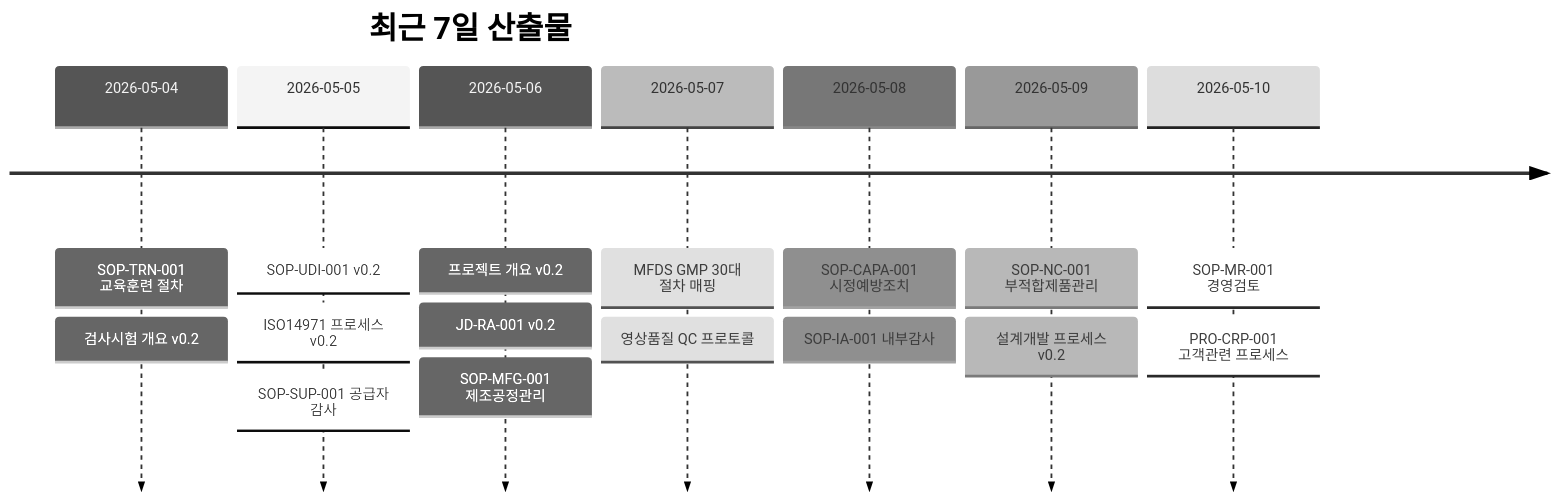
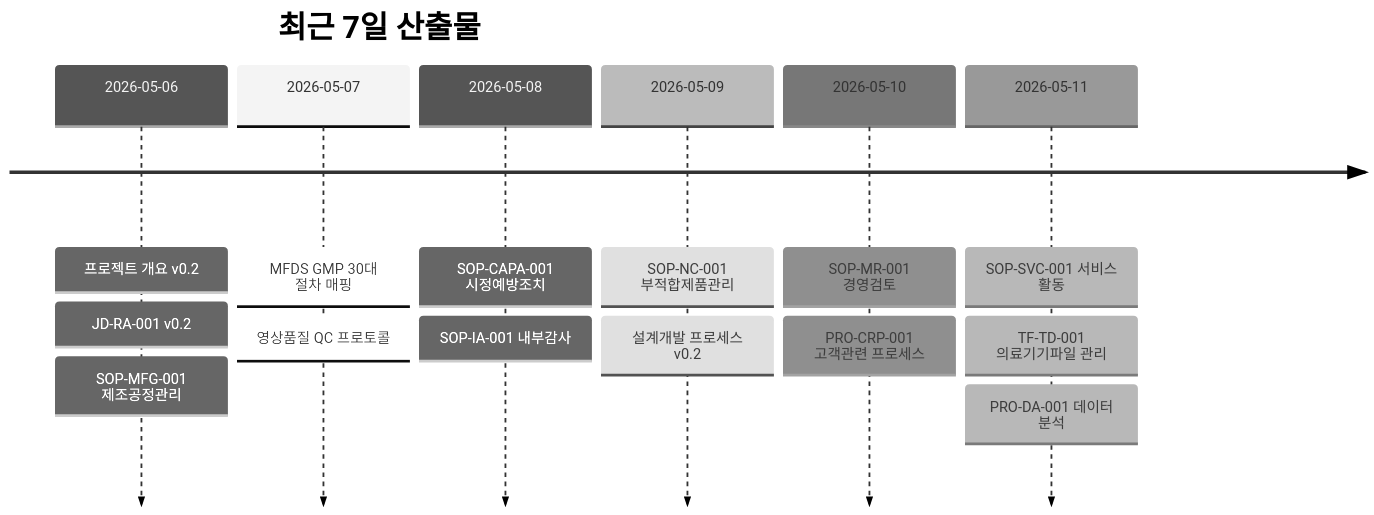
The third of 4 diagrams in README.md (holee9/MD-process), drawn with Mermaid (neutral theme) before and after one commit. The commit also changed other lines of this file, not shown here.

````diff
--- a/README.md
+++ b/README.md
@@ -143,20 +143,18 @@
 ```mermaid
 timeline
     title 최근 7일 산출물
-    2026-05-04 : SOP-TRN-001 교육훈련 절차
-               : 검사시험 개요 v0.2
-    2026-05-05 : SOP-UDI-001 v0.2
-               : ISO14971 프로세스 v0.2
-               : SOP-SUP-001 공급자 감사
     2026-05-06 : 프로젝트 개요 v0.2
                : JD-RA-001 v0.2
                : SOP-MFG-001 제조공정관리
     2026-05-07 : MFDS GMP 30대 절차 매핑
                : 영상품질 QC 프로토콜
     2026-05-08 : SOP-CAPA-001 시정예방조치
                : SOP-IA-001 내부감사
     2026-05-09 : SOP-NC-001 부적합제품관리
                : 설계개발 프로세스 v0.2
     2026-05-10 : SOP-MR-001 경영검토
                : PRO-CRP-001 고객관련 프로세스
+    2026-05-11 : SOP-SVC-001 서비스 활동
+               : TF-TD-001 의료기기파일 관리
+               : PRO-DA-001 데이터 분석
 ```
````
